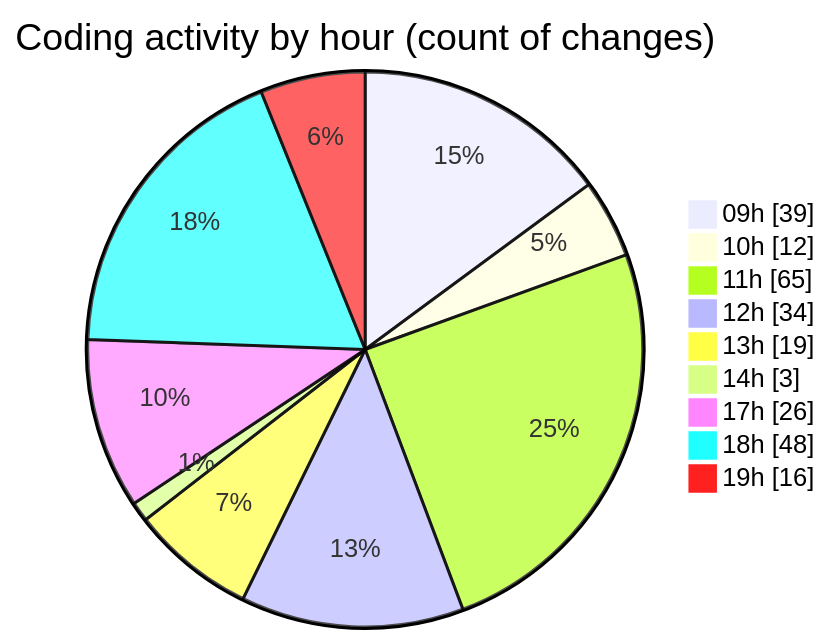
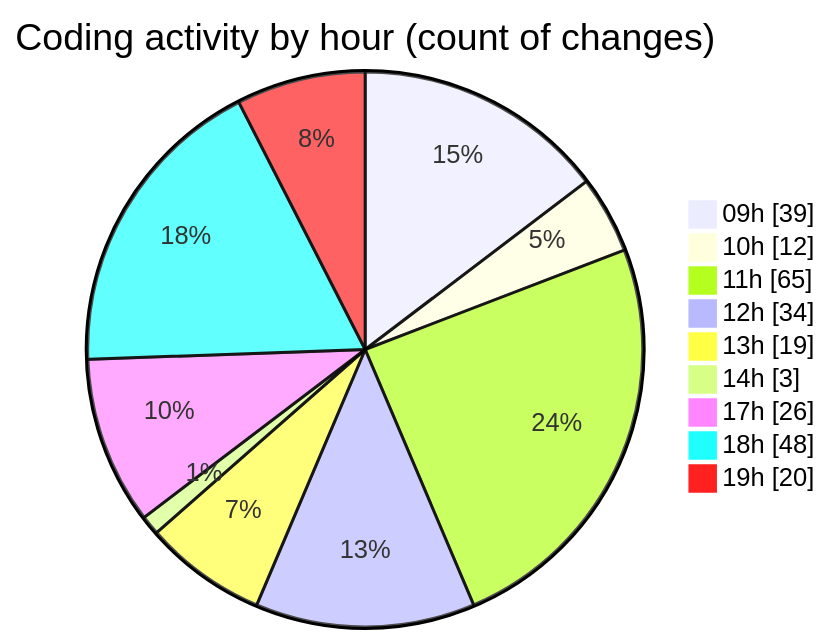
The second of 2 diagrams in 2025-03-04/cda/README.md (momahboobian/code-tracking), drawn with Mermaid before and after one commit. The commit also changed other lines of this file and 1 other file, not shown here.

````diff
--- a/2025-03-04/cda/README.md
+++ b/2025-03-04/cda/README.md
@@ -41,13 +41,13 @@
 ```mermaid
 pie showData
 title Coding activity by hour (count of changes)
 "09h" : 39
 "10h" : 12
 "11h" : 65
 "12h" : 34
 "13h" : 19
 "14h" : 3
 "17h" : 26
 "18h" : 48
-"19h" : 16
+"19h" : 20
 ```
````
